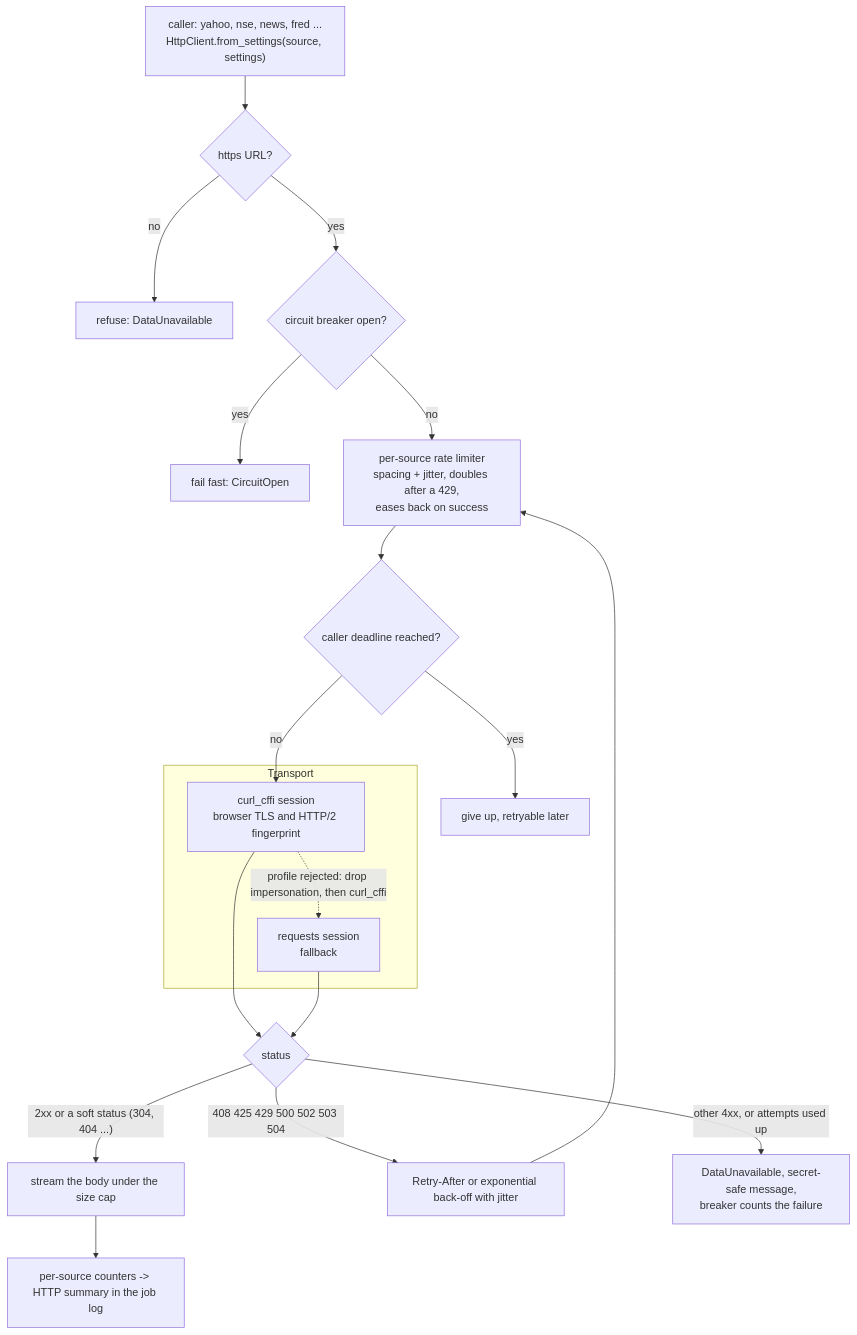
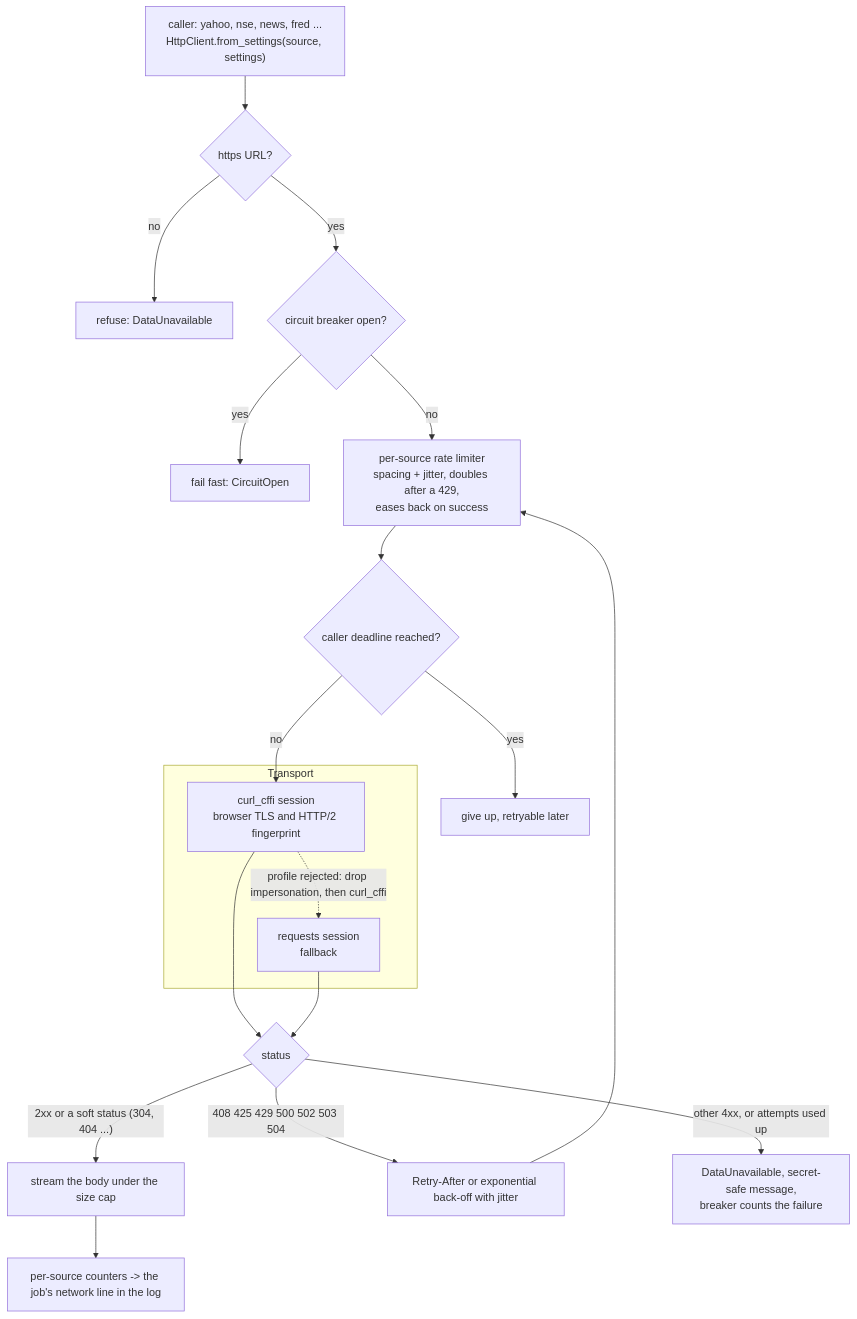
Before and after one commit to amansoni7477030/MonsterStock_AI: diagram 12 of 18 in MONSTER-AI/docs/ARCHITECTURE.md, drawn with Mermaid. The commit also changed other lines of this file and 12 other files, not shown here.

````diff
--- a/MONSTER-AI/docs/ARCHITECTURE.md
+++ b/MONSTER-AI/docs/ARCHITECTURE.md
@@ -531,23 +531,23 @@
 ```mermaid
 flowchart TB
     CALL["caller: yahoo, nse, news, fred ...<br/>HttpClient.from_settings(source, settings)"] --> HTTPS{"https URL?"}
     HTTPS -- no --> REF["refuse: DataUnavailable"]
     HTTPS -- yes --> BRK{"circuit breaker open?"}
     BRK -- yes --> FAST["fail fast: CircuitOpen"]
     BRK -- no --> RL["per-source rate limiter<br/>spacing + jitter, doubles after a 429,<br/>eases back on success"]
     RL --> DL{"caller deadline reached?"}
     DL -- yes --> DLX["give up, retryable later"]
     DL -- no --> TR
     subgraph TRG["Transport"]
         TR["curl_cffi session<br/>browser TLS and HTTP/2 fingerprint"]
         RQ["requests session<br/>fallback"]
         TR -. "profile rejected: drop impersonation, then curl_cffi" .-> RQ
     end
     TR --> RESP{"status"}
     RQ --> RESP
     RESP -- "2xx or a soft status (304, 404 ...)" --> BODY["stream the body under the size cap"]
     RESP -- "408 425 429 500 502 503 504" --> BACK["Retry-After or exponential back-off with jitter"]
     BACK --> RL
     RESP -- "other 4xx, or attempts used up" --> ERR["DataUnavailable, secret-safe message,<br/>breaker counts the failure"]
-    BODY --> STATS["per-source counters -> HTTP summary in the job log"]
+    BODY --> STATS["per-source counters -> the job's network line in the log"]
 ```
````
